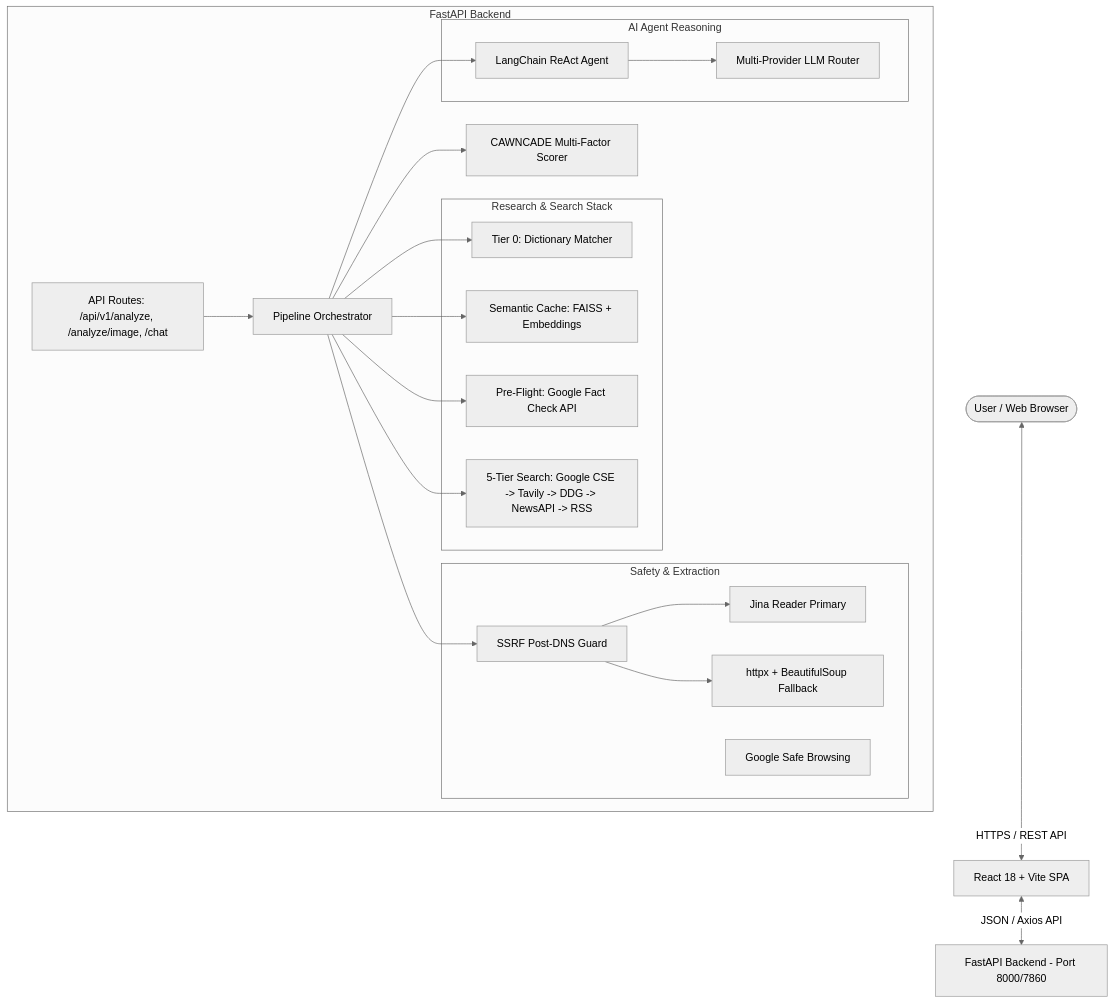
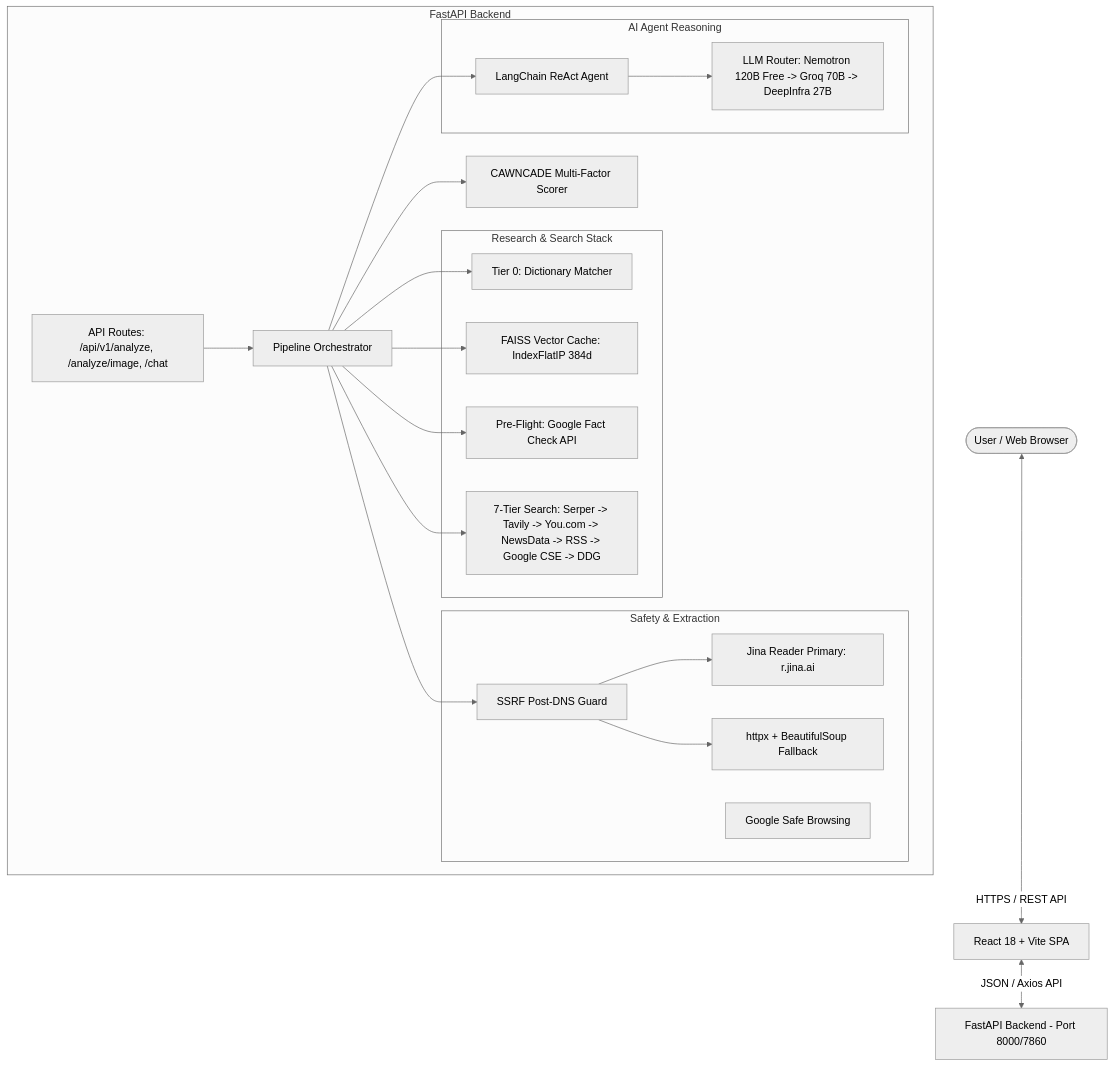
The first of 4 diagrams in docs/ARCHITECTURE.md (Nawaz-khan-droid/cawncade-ai), drawn with Mermaid (neutral theme) before and after one commit. The commit also changed other lines of this file and 2 other files, not shown here.

Commit message:
Production Upgrade: Multi-Tier Failover Cascade and Tier 0 Text Matcher

````diff
--- a/docs/ARCHITECTURE.md
+++ b/docs/ARCHITECTURE.md
@@ -47,43 +53,43 @@
 ```mermaid
 flowchart TD
     User([User / Web Browser]) <-->|HTTPS / REST API| Frontend[React 18 + Vite SPA]
     Frontend <-->|JSON / Axios API| Backend[FastAPI Backend - Port 8000/7860]
     
     subgraph FastAPI Backend
         Routes[API Routes: /api/v1/analyze, /analyze/image, /chat]
         Orchestrator[Pipeline Orchestrator]
         
         subgraph Safety & Extraction
             SSRF[SSRF Post-DNS Guard]
             SafeBrowse[Google Safe Browsing]
-            Jina[Jina Reader Primary]
+            Jina[Jina Reader Primary: r.jina.ai]
             BS4[httpx + BeautifulSoup Fallback]
         end
         
         subgraph Research & Search Stack
             Tier0[Tier 0: Dictionary Matcher]
-            TierCache[Semantic Cache: FAISS + Embeddings]
+            TierCache[FAISS Vector Cache: IndexFlatIP 384d]
             FactCheck[Pre-Flight: Google Fact Check API]
-            SearchTiers[5-Tier Search: Google CSE -> Tavily -> DDG -> NewsAPI -> RSS]
+            SearchTiers[7-Tier Search: Serper -> Tavily -> You.com -> NewsData -> RSS -> Google CSE -> DDG]
         end
         
         subgraph AI Agent Reasoning
             Agent[LangChain ReAct Agent]
-            LLMRouter[Multi-Provider LLM Router]
+            LLMRouter[LLM Router: Nemotron 120B Free -> Groq 70B -> DeepInfra 27B]
         end
         
         Scorer[CAWNCADE Multi-Factor Scorer]
     end
     
     Routes --> Orchestrator
     Orchestrator --> SSRF
     SSRF --> Jina
     SSRF --> BS4
     Orchestrator --> Tier0
     Orchestrator --> TierCache
     Orchestrator --> FactCheck
     Orchestrator --> SearchTiers
     Orchestrator --> Agent
     Agent --> LLMRouter
     Orchestrator --> Scorer
 ```
````
